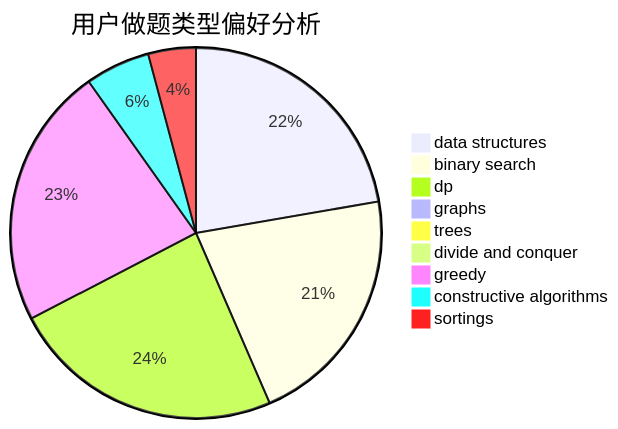
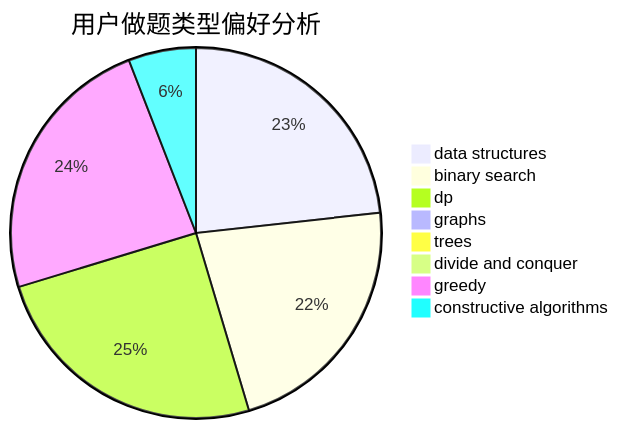
The second of 3 diagrams in docs/user/u233.md (sherpahu/cfrs.github.io), drawn with Mermaid before and after one commit. The commit also changed other lines of this file and 2769 other files, not shown here.

````diff
--- a/docs/user/u233.md
+++ b/docs/user/u233.md
@@ -18,12 +18,11 @@
 ```mermaid
 pie title 用户做题类型偏好分析
     "data structures" :  418
     "binary search" :  398
     "dp" :  448
     "graphs" :  4
     "trees" :  5
     "divide and conquer" :  10
     "greedy" :  428
     "constructive algorithms" :  106
-    "sortings" :  78
 ```
````
